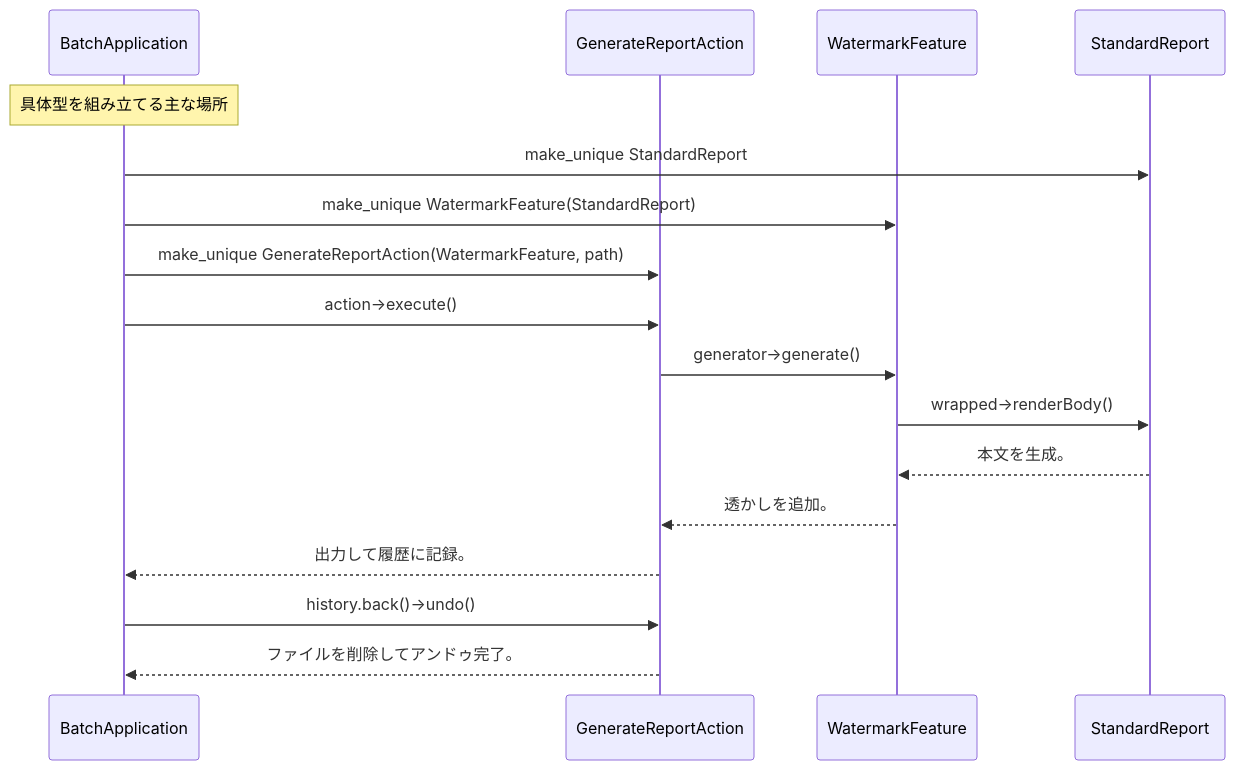
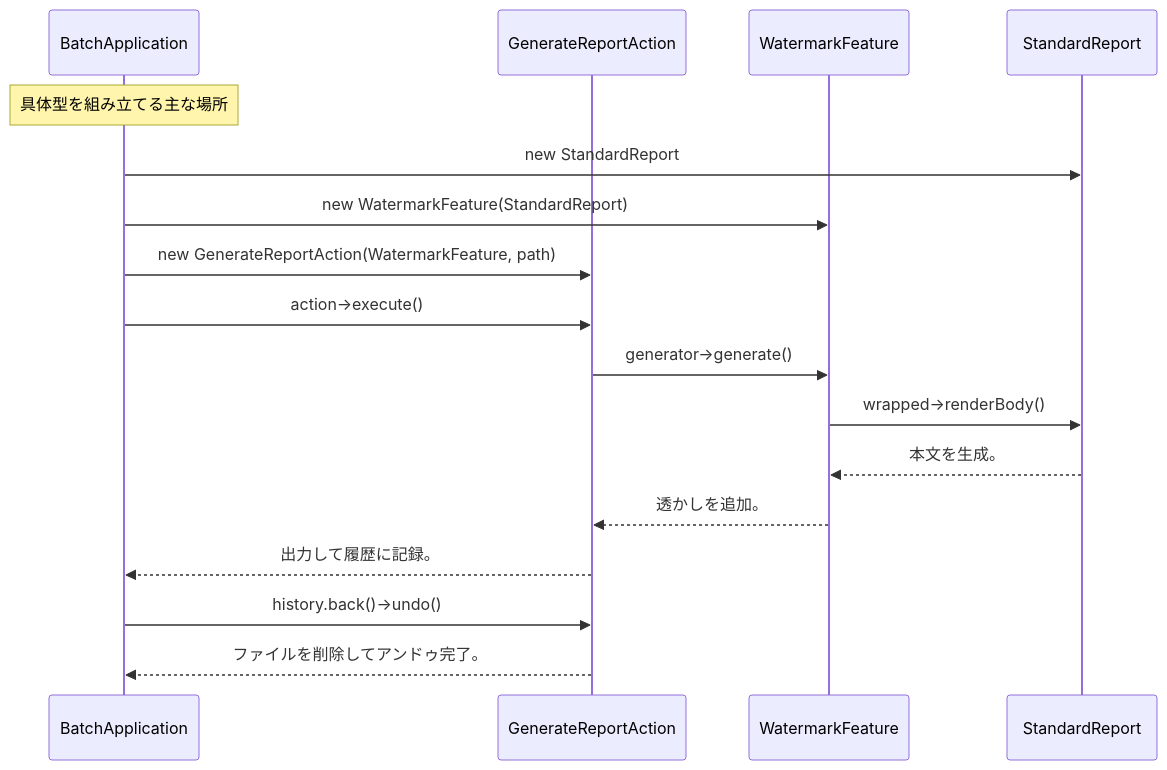
Before and after one commit to kumachan1101-pixel/DesignPattern: the fourth of 6 diagrams in kindle/design-patterns/output/chapter11.md, drawn with Mermaid. The commit also changed other lines of this file and 7 other files, not shown here.

````diff
--- a/kindle/design-patterns/output/chapter11.md
+++ b/kindle/design-patterns/output/chapter11.md
@@ -1136,19 +1171,19 @@
 ```mermaid
 sequenceDiagram
     participant BA as BatchApplication
     participant GRA as GenerateReportAction
     participant WF as WatermarkFeature
     participant SR as StandardReport
     Note over BA: 具体型を組み立てる主な場所
-    BA->>SR: make_unique StandardReport
-    BA->>WF: make_unique WatermarkFeature(StandardReport)
-    BA->>GRA: make_unique GenerateReportAction(WatermarkFeature, path)
+    BA->>SR: new StandardReport
+    BA->>WF: new WatermarkFeature(StandardReport)
+    BA->>GRA: new GenerateReportAction(WatermarkFeature, path)
     BA->>GRA: action->execute()
     GRA->>WF: generator->generate()
     WF->>SR: wrapped->renderBody()
     SR-->>WF: 本文を生成。
     WF-->>GRA: 透かしを追加。
     GRA-->>BA: 出力して履歴に記録。
     BA->>GRA: history.back()->undo()
     GRA-->>BA: ファイルを削除してアンドゥ完了。
 ```
````
